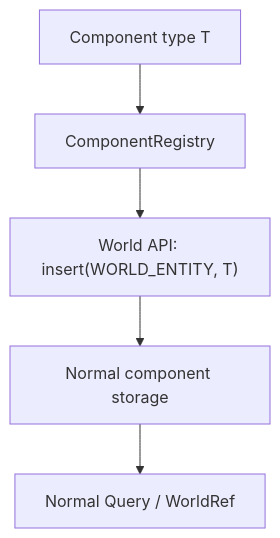
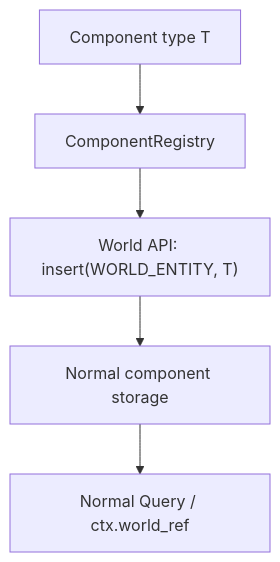
Before and after one commit to danphong23/ifol-animation: the first of 3 diagrams in crates/ifol-ecs/docs/02_resources_and_data_flow.md, drawn with Mermaid. The commit also changed other lines of this file and 10 other files, not shown here.

```diff
--- a/crates/ifol-ecs/docs/02_resources_and_data_flow.md
+++ b/crates/ifol-ecs/docs/02_resources_and_data_flow.md
@@ -8,7 +8,7 @@
 ~~~mermaid
 flowchart TB
     Type["Component type T"] --> Register["ComponentRegistry"]
     Register --> Install["World API: insert(WORLD_ENTITY, T)"]
     Install --> Store["Normal component storage"]
-    Store --> Query["Normal Query / WorldRef<T>"]
+    Store --> Query["Normal Query / ctx.world_ref<T>"]
 ~~~
```
